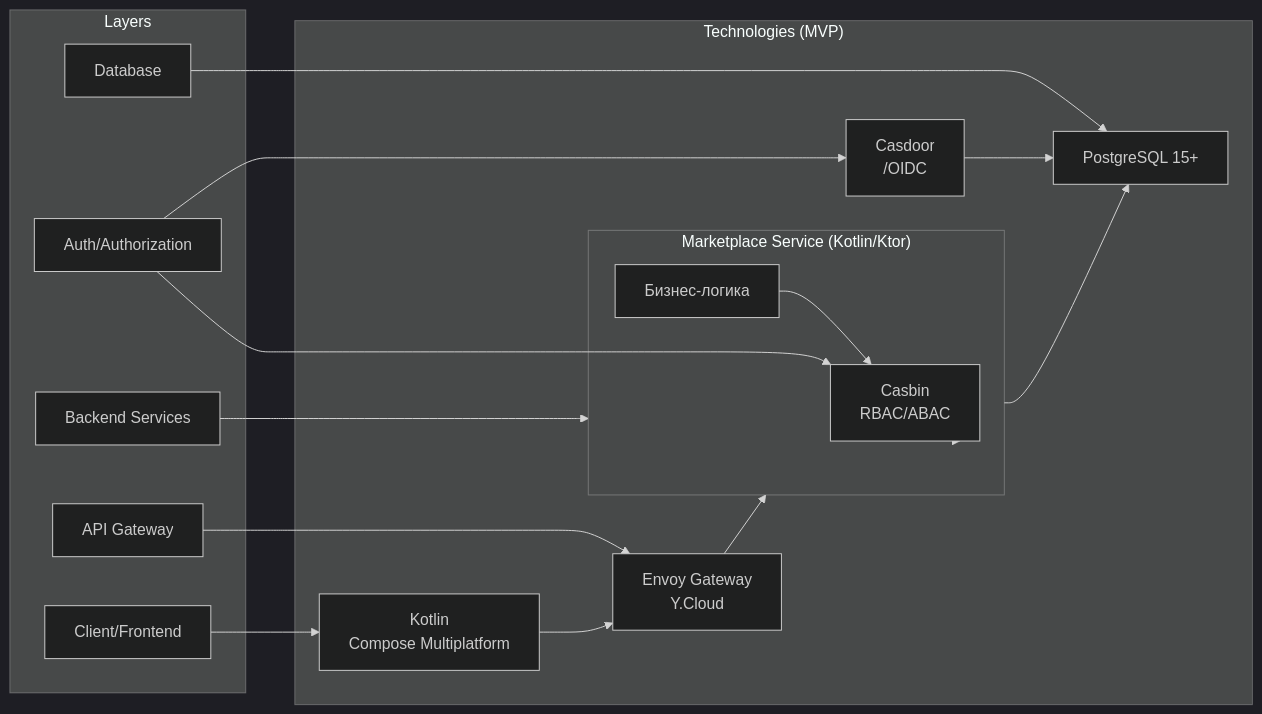
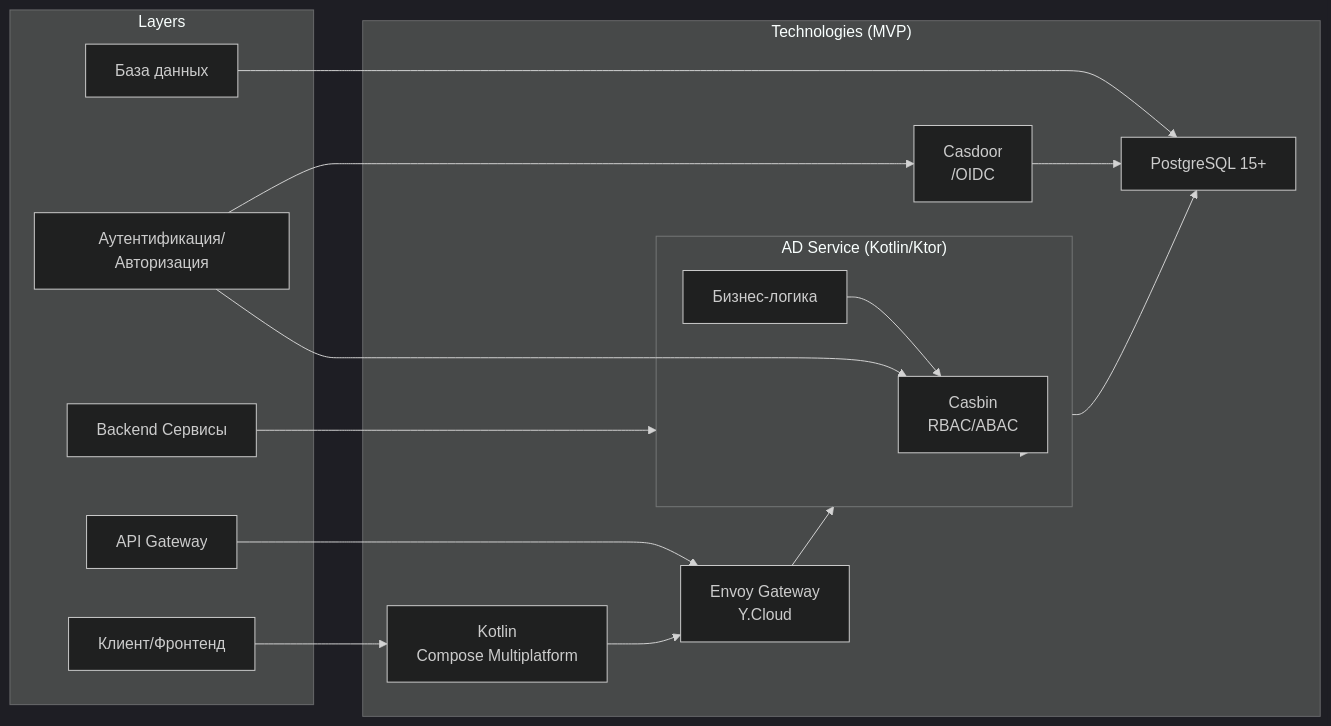
Before and after one commit to otuskotlin/202602-ok-marketplace: the second of 10 diagrams in docs/architecture/tech-stack.md, drawn with Mermaid (dark theme). The commit also changed other lines of this file and 3 other files, not shown here.

````diff
--- a/docs/architecture/tech-stack.md
+++ b/docs/architecture/tech-stack.md
@@ -41,37 +41,37 @@
 ```mermaid
 graph LR
     subgraph "Layers"
-        Client["Client/Frontend"]
+        Client["Клиент/Фронтенд"]
         Gateway["API Gateway"]
-        Backend["Backend Services"]
-        Data["Database"]
-        Auth["Auth/Authorization"]
+        Backend["Backend Сервисы"]
+        Data["База данных"]
+        Auth["Аутентификация/Авторизация"]
     end
     
     subgraph "Technologies (MVP)"
         FE["Kotlin<br/>Compose Multiplatform"]
         GW["Envoy Gateway<br/>Y.Cloud"]
-%%        MS["Marketplace Service<br/>Kotlin/Ktor"]
-        subgraph MS ["Marketplace Service (Kotlin/Ktor)"]
+%%        MS["AD Service<br/>Kotlin/Ktor"]
+        subgraph MS ["AD Service (Kotlin/Ktor)"]
             Logic["Бизнес-логика"]
             CB["Casbin (Policy Engine)"]
             Logic --> CB
         end
         PG["PostgreSQL 15+"]
         CD["Casdoor<br/>/OIDC"]
         CB["Casbin<br/>RBAC/ABAC"]
     end
     
     Client --> FE
     Gateway --> GW
     Backend --> MS
     Data --> PG
     Auth --> CD
     Auth --> CB
     
     FE --> GW
     GW --> MS
     MS --> PG
     CD --> PG
     MS --> CB
 ```
````
